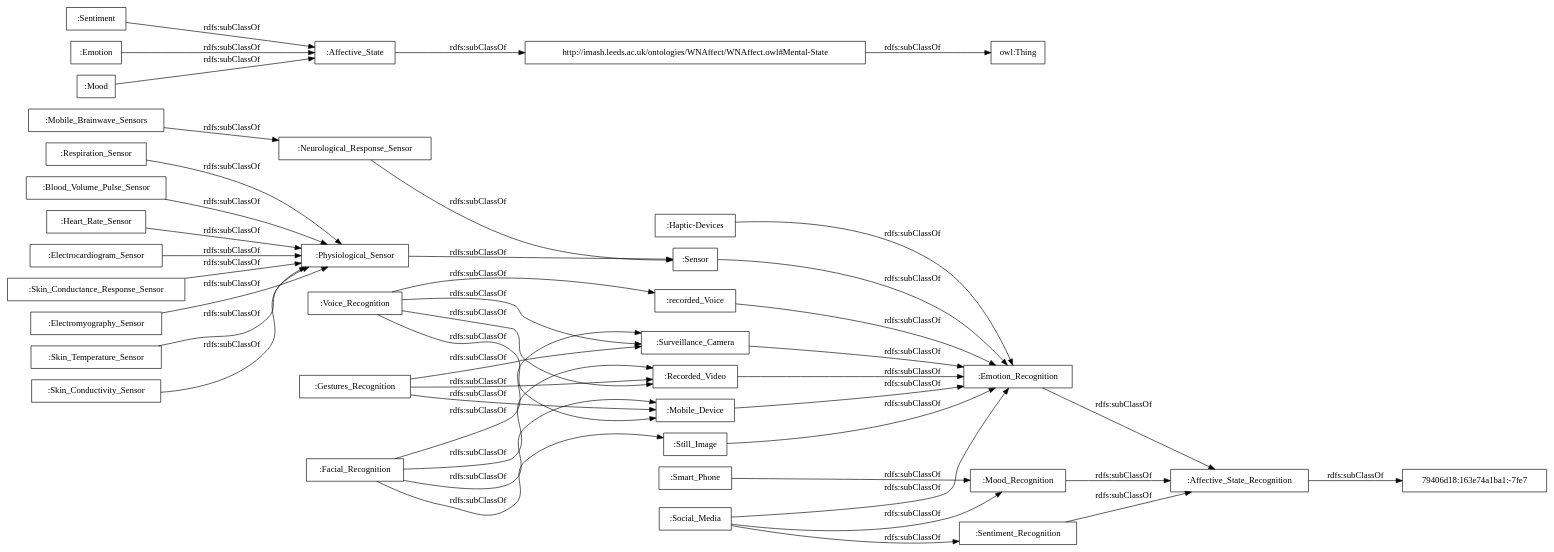
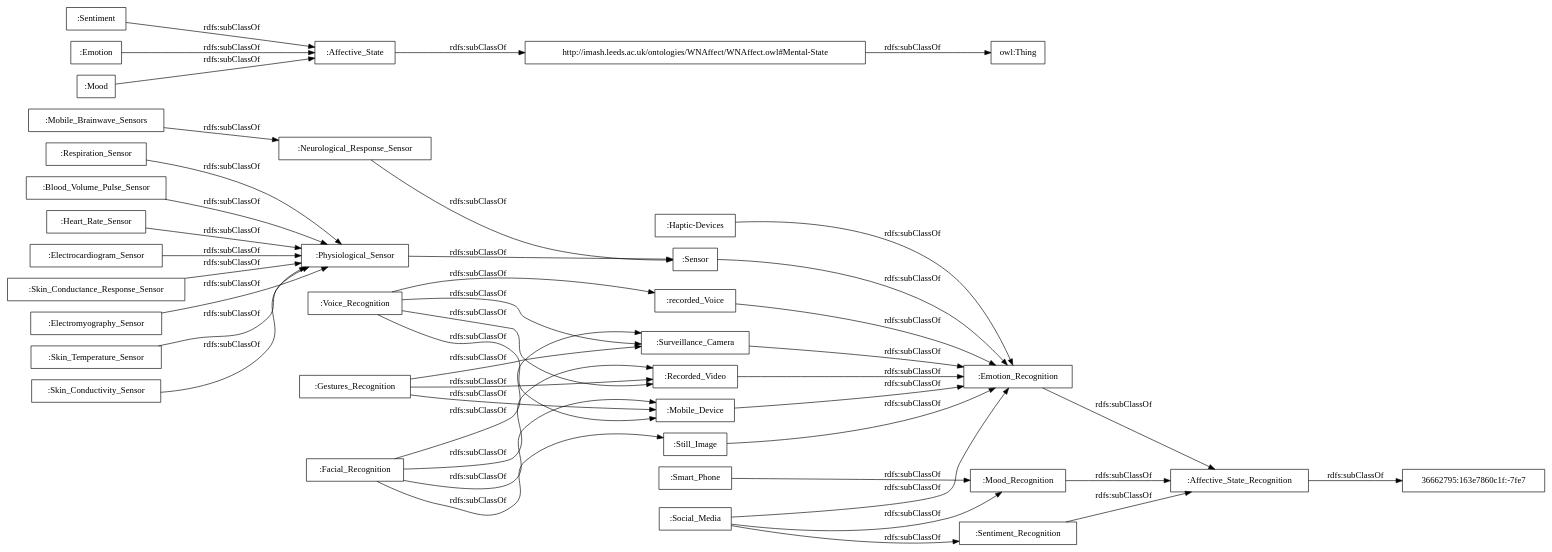
The diagram in OnToology/Affective_States_Recognition_Module.owl/diagrams/ar2dtool-taxonomy/Affective_States_Recognition_Module.owl.png.dot (rana-othman/HASIO-Modularization), drawn with Graphviz before and after one commit. The commit also changed 43 other files, not shown here.

```diff
--- a/OnToology/Affective_States_Recognition_Module.owl/diagrams/ar2dtool-taxonomy/Affective_States_Recognition_Module.owl.png.dot
+++ b/OnToology/Affective_States_Recognition_Module.owl/diagrams/ar2dtool-taxonomy/Affective_States_Recognition_Module.owl.png.dot
@@ -1,48 +1,48 @@
 digraph ar2dtool_diagram { 
 rankdir=LR;
 size="1000"
-node [shape = rectangle, color="black"]; ":Mobile_Device" ":Voice_Recognition" ":Sentiment" ":Heart_Rate_Sensor" ":Neurological_Response_Sensor" ":Haptic-Devices" ":Electrocardiogram_Sensor" ":Still_Image" ":Sensor" ":Emotion" "79406d18:163e74a1ba1:-7fe7" ":Skin_Conductance_Response_Sensor" ":Mood" ":Mobile_Brainwave_Sensors" ":Affective_State" ":recorded_Voice" ":Electromyography_Sensor" ":Physiological_Sensor" ":Emotion_Recognition" ":Skin_Temperature_Sensor" ":Facial_Recognition" ":Skin_Conductivity_Sensor" ":Recorded_Video" ":Surveillance_Camera" ":Gestures_Recognition" "http://imash.leeds.ac.uk/ontologies/WNAffect/WNAffect.owl#Mental-State" ":Mood_Recognition" ":Smart_Phone" ":Sentiment_Recognition" ":Social_Media" ":Respiration_Sensor" ":Blood_Volume_Pulse_Sensor" ":Affective_State_Recognition" ; /*classes style*/
+node [shape = rectangle, color="black"]; ":Mobile_Device" ":Voice_Recognition" ":Sentiment" ":Heart_Rate_Sensor" ":Neurological_Response_Sensor" ":Haptic-Devices" ":Electrocardiogram_Sensor" ":Still_Image" ":Sensor" ":Emotion" ":Skin_Conductance_Response_Sensor" ":Mood" ":Mobile_Brainwave_Sensors" ":Affective_State" ":recorded_Voice" ":Electromyography_Sensor" "36662795:163e7860c1f:-7fe7" ":Physiological_Sensor" ":Emotion_Recognition" ":Skin_Temperature_Sensor" ":Facial_Recognition" ":Skin_Conductivity_Sensor" ":Recorded_Video" ":Surveillance_Camera" ":Gestures_Recognition" "http://imash.leeds.ac.uk/ontologies/WNAffect/WNAffect.owl#Mental-State" ":Mood_Recognition" ":Smart_Phone" ":Sentiment_Recognition" ":Social_Media" ":Respiration_Sensor" ":Blood_Volume_Pulse_Sensor" ":Affective_State_Recognition" ; /*classes style*/
 	":Emotion_Recognition" -> ":Affective_State_Recognition" [ label = "rdfs:subClassOf" ];
 	":Voice_Recognition" -> ":recorded_Voice" [ label = "rdfs:subClassOf" ];
 	":Voice_Recognition" -> ":Surveillance_Camera" [ label = "rdfs:subClassOf" ];
 	":Voice_Recognition" -> ":Recorded_Video" [ label = "rdfs:subClassOf" ];
 	":Voice_Recognition" -> ":Mobile_Device" [ label = "rdfs:subClassOf" ];
 	":Skin_Conductance_Response_Sensor" -> ":Physiological_Sensor" [ label = "rdfs:subClassOf" ];
 	":Smart_Phone" -> ":Mood_Recognition" [ label = "rdfs:subClassOf" ];
 	":Electromyography_Sensor" -> ":Physiological_Sensor" [ label = "rdfs:subClassOf" ];
 	":recorded_Voice" -> ":Emotion_Recognition" [ label = "rdfs:subClassOf" ];
 	":Emotion" -> ":Affective_State" [ label = "rdfs:subClassOf" ];
 	":Skin_Conductivity_Sensor" -> ":Physiological_Sensor" [ label = "rdfs:subClassOf" ];
 	"http://imash.leeds.ac.uk/ontologies/WNAffect/WNAffect.owl#Mental-State" -> "owl:Thing" [ label = "rdfs:subClassOf" ];
 	":Facial_Recognition" -> ":Surveillance_Camera" [ label = "rdfs:subClassOf" ];
 	":Facial_Recognition" -> ":Still_Image" [ label = "rdfs:subClassOf" ];
 	":Facial_Recognition" -> ":Recorded_Video" [ label = "rdfs:subClassOf" ];
 	":Facial_Recognition" -> ":Mobile_Device" [ label = "rdfs:subClassOf" ];
 	":Skin_Temperature_Sensor" -> ":Physiological_Sensor" [ label = "rdfs:subClassOf" ];
 	":Sentiment" -> ":Affective_State" [ label = "rdfs:subClassOf" ];
 	":Mood_Recognition" -> ":Affective_State_Recognition" [ label = "rdfs:subClassOf" ];
 	":Neurological_Response_Sensor" -> ":Sensor" [ label = "rdfs:subClassOf" ];
 	":Affective_State" -> "http://imash.leeds.ac.uk/ontologies/WNAffect/WNAffect.owl#Mental-State" [ label = "rdfs:subClassOf" ];
 	":Mobile_Brainwave_Sensors" -> ":Neurological_Response_Sensor" [ label = "rdfs:subClassOf" ];
 	":Still_Image" -> ":Emotion_Recognition" [ label = "rdfs:subClassOf" ];
-	":Affective_State_Recognition" -> "79406d18:163e74a1ba1:-7fe7" [ label = "rdfs:subClassOf" ];
+	":Affective_State_Recognition" -> "36662795:163e7860c1f:-7fe7" [ label = "rdfs:subClassOf" ];
 	":Recorded_Video" -> ":Emotion_Recognition" [ label = "rdfs:subClassOf" ];
 	":Sentiment_Recognition" -> ":Affective_State_Recognition" [ label = "rdfs:subClassOf" ];
 	":Blood_Volume_Pulse_Sensor" -> ":Physiological_Sensor" [ label = "rdfs:subClassOf" ];
 	":Gestures_Recognition" -> ":Surveillance_Camera" [ label = "rdfs:subClassOf" ];
 	":Gestures_Recognition" -> ":Recorded_Video" [ label = "rdfs:subClassOf" ];
 	":Gestures_Recognition" -> ":Mobile_Device" [ label = "rdfs:subClassOf" ];
 	":Surveillance_Camera" -> ":Emotion_Recognition" [ label = "rdfs:subClassOf" ];
 	":Mobile_Device" -> ":Emotion_Recognition" [ label = "rdfs:subClassOf" ];
 	":Haptic-Devices" -> ":Emotion_Recognition" [ label = "rdfs:subClassOf" ];
 	":Physiological_Sensor" -> ":Sensor" [ label = "rdfs:subClassOf" ];
 	":Electrocardiogram_Sensor" -> ":Physiological_Sensor" [ label = "rdfs:subClassOf" ];
 	":Sensor" -> ":Emotion_Recognition" [ label = "rdfs:subClassOf" ];
 	":Mood" -> ":Affective_State" [ label = "rdfs:subClassOf" ];
 	":Heart_Rate_Sensor" -> ":Physiological_Sensor" [ label = "rdfs:subClassOf" ];
 	":Respiration_Sensor" -> ":Physiological_Sensor" [ label = "rdfs:subClassOf" ];
 	":Social_Media" -> ":Sentiment_Recognition" [ label = "rdfs:subClassOf" ];
 	":Social_Media" -> ":Mood_Recognition" [ label = "rdfs:subClassOf" ];
 	":Social_Media" -> ":Emotion_Recognition" [ label = "rdfs:subClassOf" ];
 
 }
```
